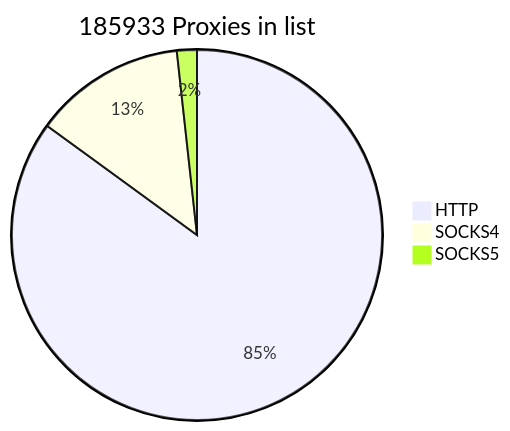
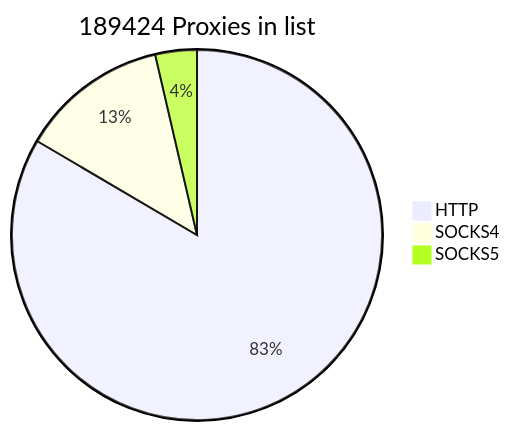
Before and after one commit to cutipu/proxylist: the first of 2 diagrams in README.md, drawn with Mermaid. The commit also changed other lines of this file, not shown here.

````diff
--- a/README.md
+++ b/README.md
@@ -2,7 +2,7 @@
 ```mermaid
-pie title 185933 Proxies in list
-    "HTTP" : 158075
-    "SOCKS4" : 24615
-    "SOCKS5" : 3243
+pie title 189424 Proxies in list
+    "HTTP" : 158089
+    "SOCKS4" : 24464
+    "SOCKS5" : 6871
             
 ```
````
